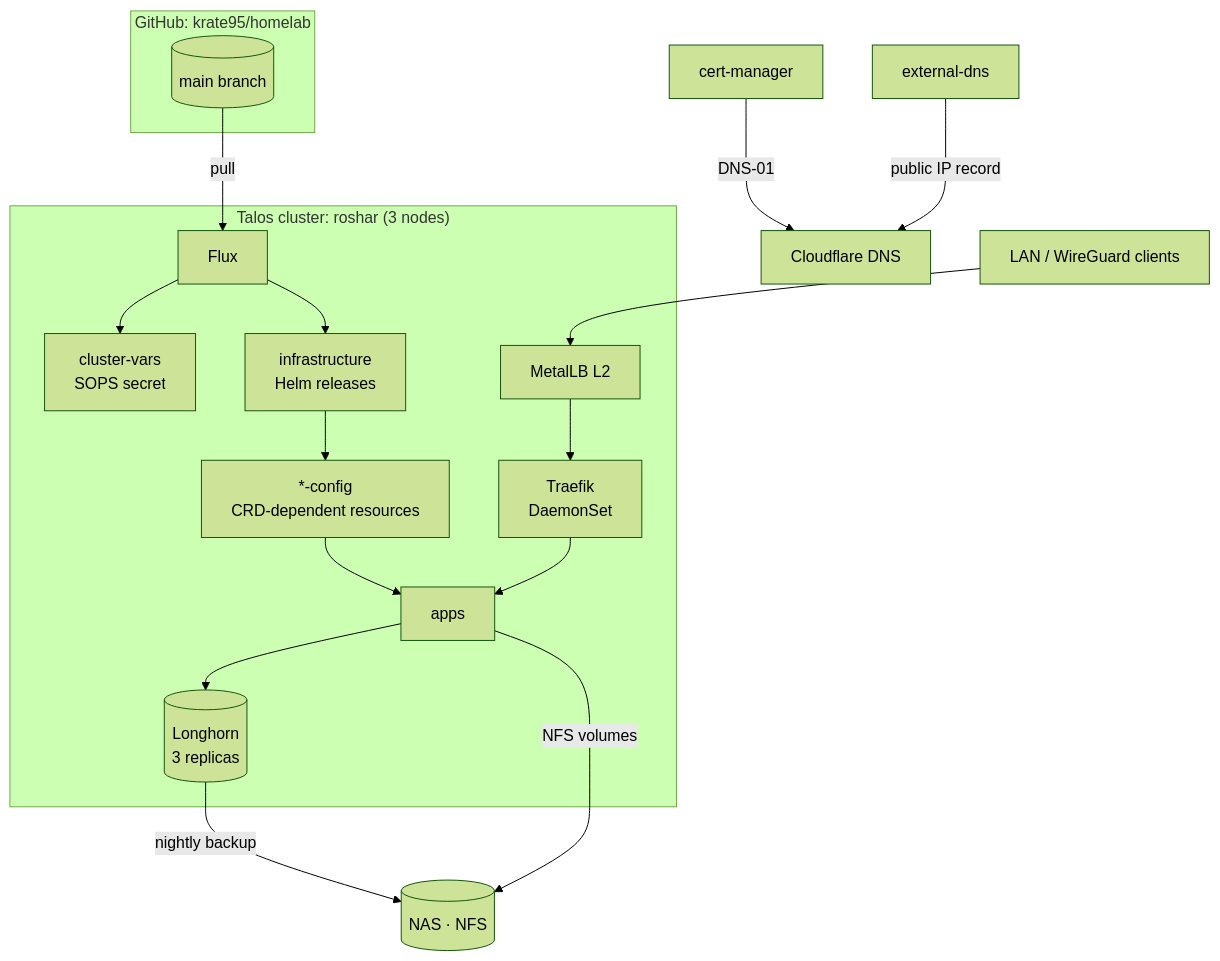
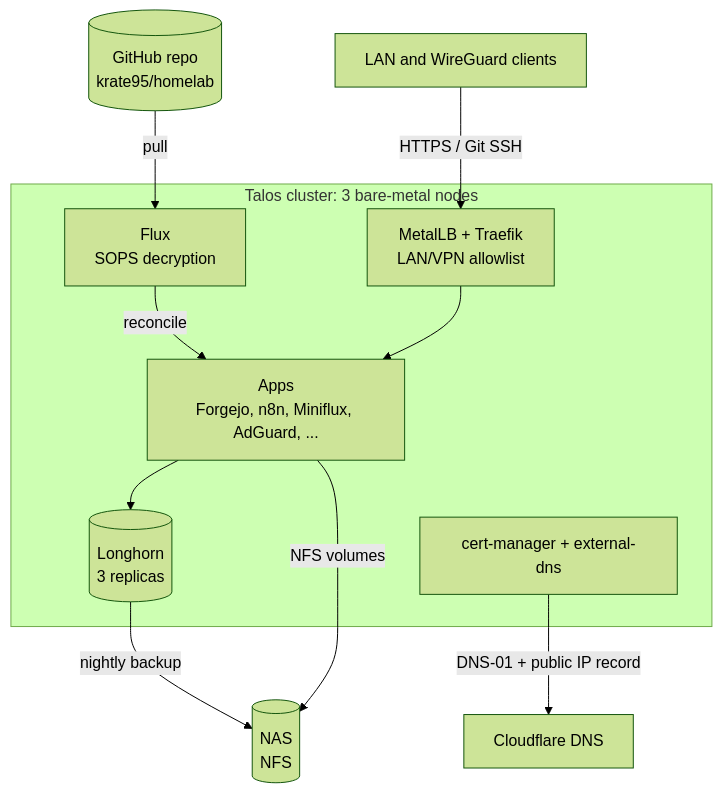
The diagram in README.md (krate95/homelab), drawn with Mermaid (forest theme) before and after one commit.

Commit message:
docs: simplify architecture diagram

````diff
--- a/README.md
+++ b/README.md
@@ -43,25 +43,24 @@
 ```mermaid
 flowchart TB
-    subgraph git["GitHub: krate95/homelab"]
-        repo[(main branch)]
+    gh[("GitHub repo<br/>krate95/homelab")]
+    users["LAN and WireGuard clients"]
+    cf["Cloudflare DNS"]
+    nas[("NAS<br/>NFS")]
+
+    subgraph cluster["Talos cluster: 3 bare-metal nodes"]
+        flux["Flux<br/>SOPS decryption"]
+        ingress["MetalLB + Traefik<br/>LAN/VPN allowlist"]
+        dns["cert-manager + external-dns"]
+        apps["Apps<br/>Forgejo, n8n, Miniflux, AdGuard, ..."]
+        lh[("Longhorn<br/>3 replicas")]
+        flux -- "reconcile" --> apps
+        ingress --> apps
+        apps --> lh
     end
 
-    subgraph cluster["Talos cluster: roshar (3 nodes)"]
-        flux[Flux] --> vars[cluster-vars<br/>SOPS secret]
-        flux --> infra[infrastructure<br/>Helm releases]
-        infra --> cfg[*-config<br/>CRD-dependent resources]
-        cfg --> apps[apps]
-
-        metallb[MetalLB L2] --> traefik[Traefik<br/>DaemonSet]
-        traefik --> apps
-        longhorn[(Longhorn<br/>3 replicas)]
-        apps --> longhorn
-    end
-
-    repo -- pull --> flux
-    certm[cert-manager] -- DNS-01 --> cf[Cloudflare DNS]
-    extdns[external-dns] -- public IP record --> cf
-    longhorn -- nightly backup --> nas[(NAS · NFS)]
-    apps -- NFS volumes --> nas
-    lan[LAN / WireGuard clients] --> metallb
+    gh -- "pull" --> flux
+    users -- "HTTPS / Git SSH" --> ingress
+    dns -- "DNS-01 + public IP record" --> cf
+    lh -- "nightly backup" --> nas
+    apps -- "NFS volumes" --> nas
 ```
````
